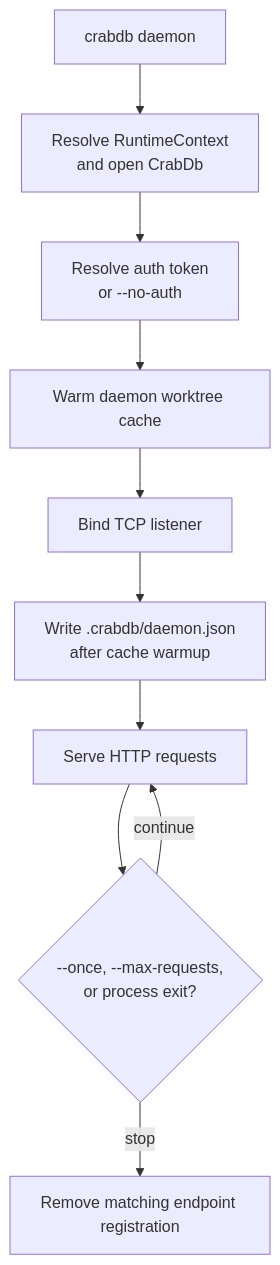
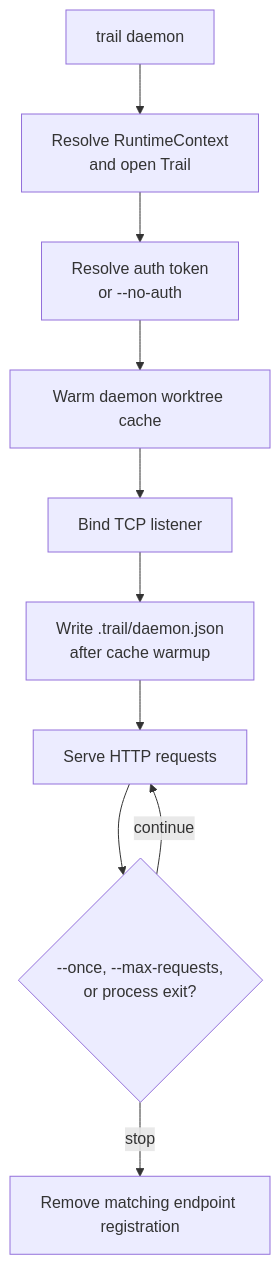
One commit to crabbuild/trail changed the first of 4 diagrams in docs/design/daemon-http-and-mcp.md. Above: the diagram before and after it, drawn with Mermaid. The commit also changed other lines of this file and 650 other files, not shown here.

Commit message:
chore: rename CrabDB to Trail

````diff
--- a/docs/design/daemon-http-and-mcp.md
+++ b/docs/design/daemon-http-and-mcp.md
@@ -32,16 +32,16 @@
 ```mermaid
 flowchart TB
-    Start["crabdb daemon"]
-    Context["Resolve RuntimeContext<br/>and open CrabDb"]
+    Start["trail daemon"]
+    Context["Resolve RuntimeContext<br/>and open Trail"]
     Auth["Resolve auth token<br/>or --no-auth"]
     Cache["Warm daemon worktree cache"]
     Bind["Bind TCP listener"]
-    Register["Write .crabdb/daemon.json<br/>after cache warmup"]
+    Register["Write .trail/daemon.json<br/>after cache warmup"]
     Serve["Serve HTTP requests"]
     Stop{"--once, --max-requests,<br/>or process exit?"}
     Cleanup["Remove matching endpoint registration"]
 
     Start --> Context --> Auth --> Cache --> Bind --> Register --> Serve --> Stop
     Stop -- "continue" --> Serve
     Stop -- "stop" --> Cleanup
 ```
````
